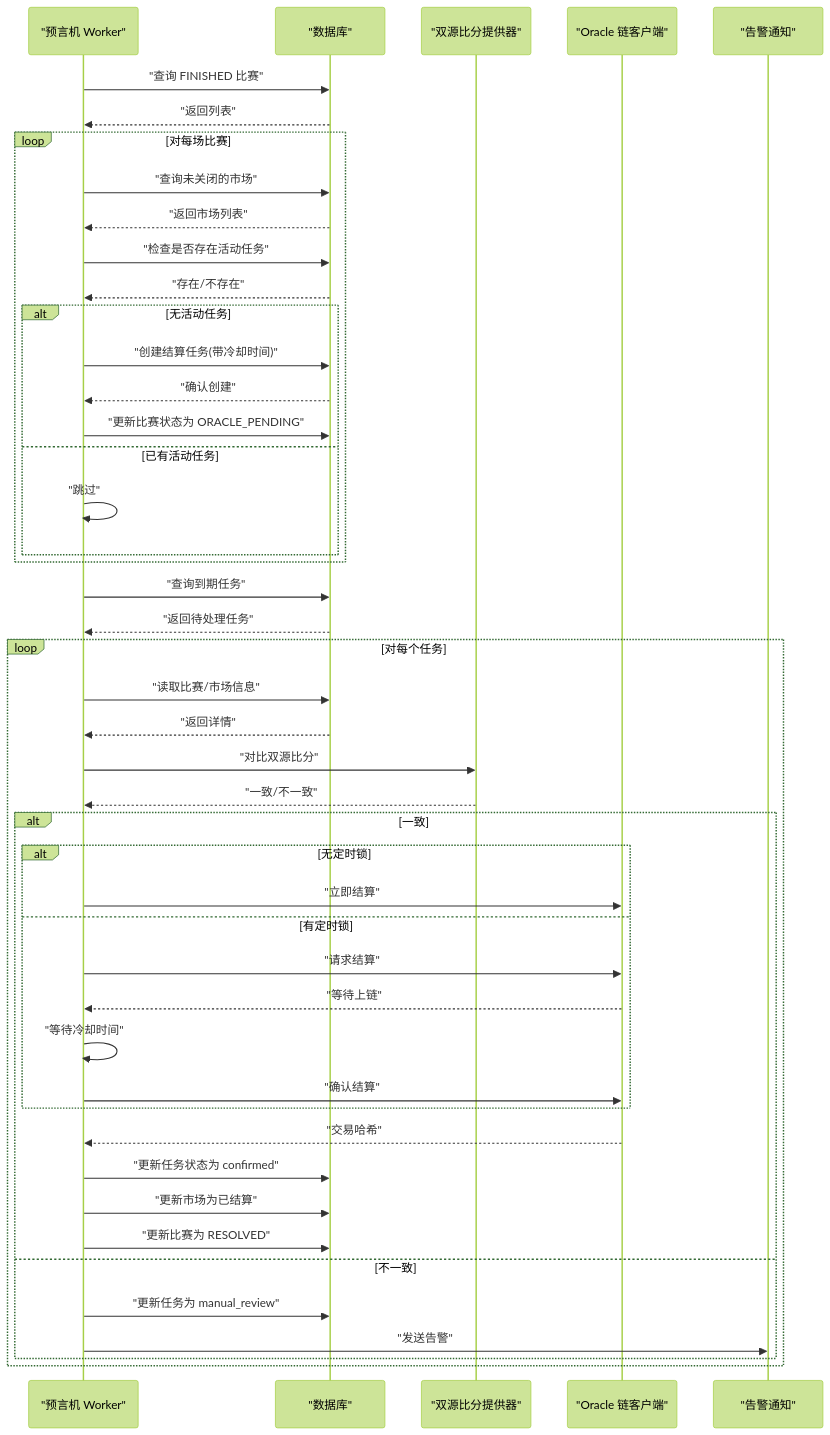
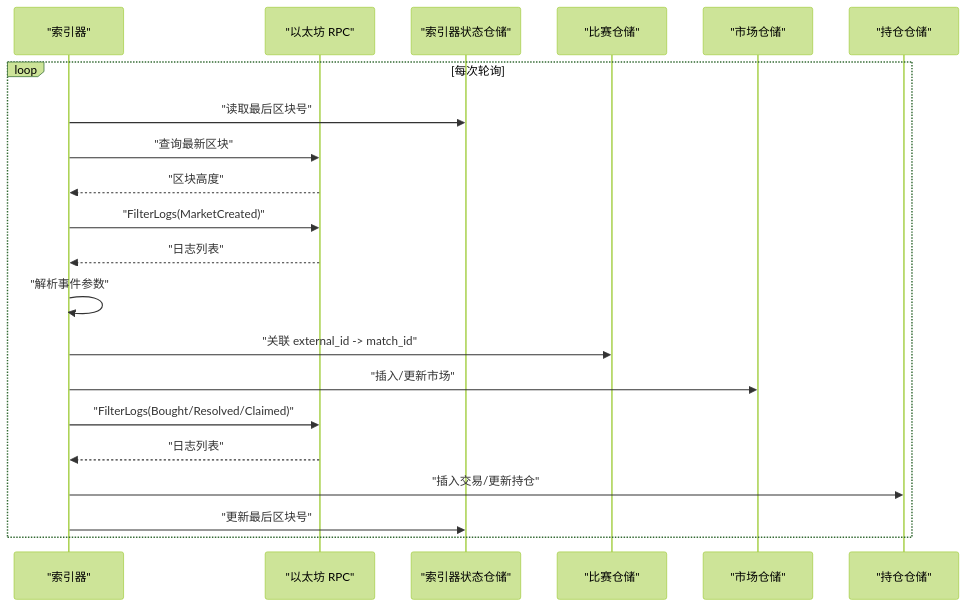
Before and after one commit to SimonHofman/PredictionDIDSimple: the sixth of 8 diagrams in backend/.qoder/repowiki/zh/content/架构设计/整体架构.md, drawn with Mermaid (forest theme). The commit also changed other lines of this file and 162 other files, not shown here.

````diff
--- a/backend/.qoder/repowiki/zh/content/架构设计/整体架构.md
+++ b/backend/.qoder/repowiki/zh/content/架构设计/整体架构.md
@@ -238,48 +336,23 @@
 ```mermaid
 sequenceDiagram
-participant W as "预言机 Worker"
-participant DB as "数据库"
-participant P as "双源比分提供器"
-participant OC as "Oracle 链客户端"
-participant A as "告警通知"
-W->>DB : "查询 FINISHED 比赛"
-DB-->>W : "返回列表"
-loop 对每场比赛
-W->>DB : "查询未关闭的市场"
-DB-->>W : "返回市场列表"
-W->>DB : "检查是否存在活动任务"
-DB-->>W : "存在/不存在"
-alt 无活动任务
-W->>DB : "创建结算任务(带冷却时间)"
-DB-->>W : "确认创建"
-W->>DB : "更新比赛状态为 ORACLE_PENDING"
-else 已有活动任务
-W->>W : "跳过"
-end
-end
-W->>DB : "查询到期任务"
-DB-->>W : "返回待处理任务"
-loop 对每个任务
-W->>DB : "读取比赛/市场信息"
-DB-->>W : "返回详情"
-W->>P : "对比双源比分"
-P-->>W : "一致/不一致"
-alt 一致
-alt 无定时锁
-W->>OC : "立即结算"
-else 有定时锁
-W->>OC : "请求结算"
-OC-->>W : "等待上链"
-W->>W : "等待冷却时间"
-W->>OC : "确认结算"
-end
-OC-->>W : "交易哈希"
-W->>DB : "更新任务状态为 confirmed"
-W->>DB : "更新市场为已结算"
-W->>DB : "更新比赛为 RESOLVED"
-else 不一致
-W->>DB : "更新任务为 manual_review"
-W->>A : "发送告警"
-end
+participant IDX as "索引器"
+participant RPC as "以太坊 RPC"
+participant STATE as "索引器状态仓储"
+participant MATCH as "比赛仓储"
+participant MKT as "市场仓储"
+participant POS as "持仓仓储"
+loop 每次轮询
+IDX->>STATE : "读取最后区块号"
+IDX->>RPC : "查询最新区块"
+RPC-->>IDX : "区块高度"
+IDX->>RPC : "FilterLogs(MarketCreated)"
+RPC-->>IDX : "日志列表"
+IDX->>IDX : "解析事件参数"
+IDX->>MATCH : "关联 external_id -> match_id"
+IDX->>MKT : "插入/更新市场"
+IDX->>RPC : "FilterLogs(Bought/Resolved/Claimed)"
+RPC-->>IDX : "日志列表"
+IDX->>POS : "插入交易/更新持仓"
+IDX->>STATE : "更新最后区块号"
 end
 ```
````
